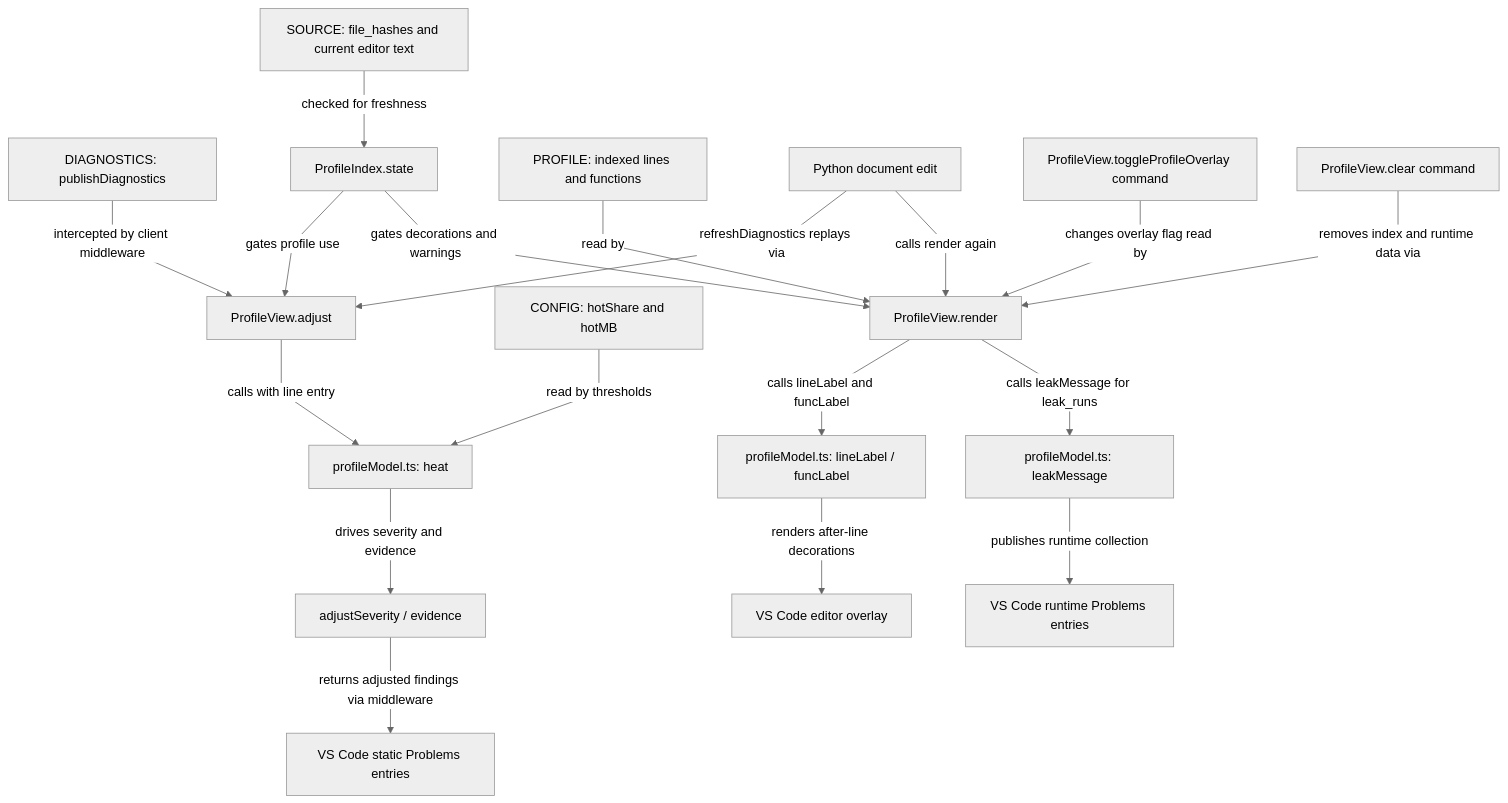
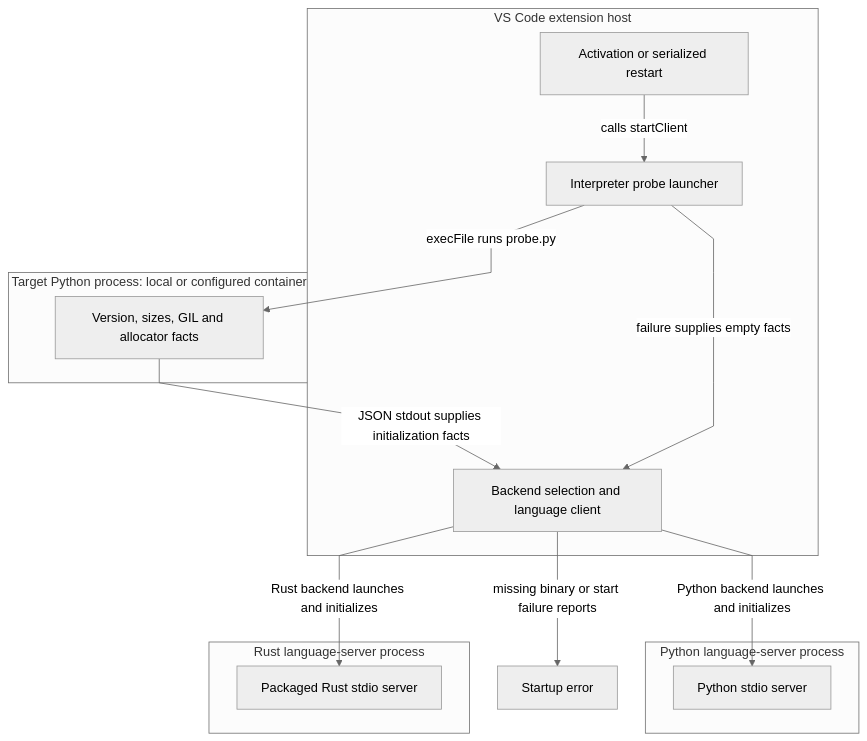
One commit to AashishTangnami/python-memory-guardian changed the seventh of 11 diagrams in docs/feature-map.md. Above: the diagram before and after it, drawn with Mermaid (neutral theme). The commit also changed other lines of this file and 11 other files, not shown here.

````diff
--- a/docs/feature-map.md
+++ b/docs/feature-map.md
@@ -306,21 +347,25 @@
 ```mermaid
 %%{init: {"fontFamily":"Inter, ui-sans-serif, system-ui, sans-serif","flowchart":{"curve":"linear","nodeSpacing":50,"rankSpacing":60},"layout":"dagre"}}%%
 flowchart TD
-    DIAGNOSTICS["DIAGNOSTICS: publishDiagnostics"] -->|intercepted by client middleware| Adjust["ProfileView.adjust"]
-    SOURCE["SOURCE: file_hashes and current editor text"] -->|checked for freshness| State["ProfileIndex.state"]
-    State -->|gates profile use| Adjust
-    CONFIG["CONFIG: hotShare and hotMB"] -->|read by thresholds| Heat["profileModel.ts: heat"]
-    Adjust -->|calls with line entry| Heat
-    Heat -->|drives severity and evidence| Severity["adjustSeverity / evidence"]
-    Severity -->|returns adjusted findings via middleware| StaticUI["VS Code static Problems entries"]
-    PROFILE["PROFILE: indexed lines and functions"] -->|read by| Render["ProfileView.render"]
-    State -->|gates decorations and warnings| Render
-    Render -->|calls lineLabel and funcLabel| Labels["profileModel.ts: lineLabel / funcLabel"]
-    Labels -->|renders after-line decorations| Inline["VS Code editor overlay"]
-    Render -->|calls leakMessage for leak_runs| LeakText["profileModel.ts: leakMessage"]
-    LeakText -->|publishes runtime collection| RuntimeUI["VS Code runtime Problems entries"]
-    Edit["Python document edit"] -->|refreshDiagnostics replays via| Adjust
-    Edit -->|calls render again| Render
-    Toggle["ProfileView.toggleProfileOverlay command"] -->|changes overlay flag read by| Render
-    Clear["ProfileView.clear command"] -->|removes index and runtime data via| Render
+    subgraph EXT["VS Code extension host"]
+      Activate["Activation or serialized restart"]
+      Probe["Interpreter probe launcher"]
+      Select["Backend selection and language client"]
+    end
+    subgraph TARGET["Target Python process: local or configured container"]
+      Facts["Version, sizes, GIL and allocator facts"]
+    end
+    subgraph PY["Python language-server process"]
+      Python["Python stdio server"]
+    end
+    subgraph RS["Rust language-server process"]
+      Rust["Packaged Rust stdio server"]
+    end
+    Activate -->|calls startClient| Probe
+    Probe -->|execFile runs probe.py| Facts
+    Facts -->|JSON stdout supplies initialization facts| Select
+    Probe -->|failure supplies empty facts| Select
+    Select -->|Python backend launches and initializes| Python
+    Select -->|Rust backend launches and initializes| Rust
+    Select -->|missing binary or start failure reports| Error["Startup error"]
 ```
````
